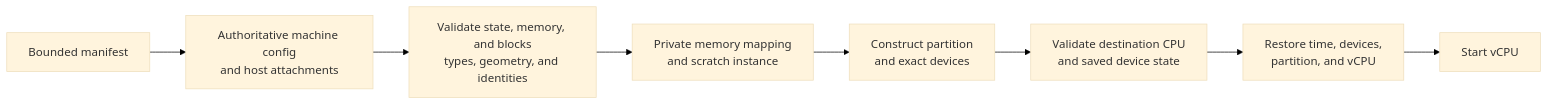
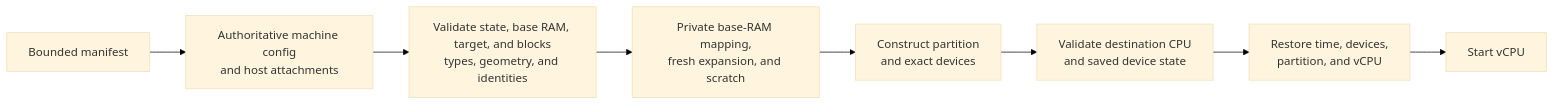
Before and after one commit to microsoft/nvx: the seventh of 7 diagrams in doc/design.md, drawn with Mermaid. The commit also changed other lines of this file, not shown here.

````diff
--- a/doc/design.md
+++ b/doc/design.md
@@ -676,14 +692,14 @@
 ```mermaid
 %%{init: {"theme": "base", "themeVariables": {"background": "#ffffff"}}}%%
 flowchart LR
    Manifest["Bounded manifest"]
    Config["Authoritative machine config<br/>and host attachments"]
-   Verify["Validate state, memory, and blocks<br/>types, geometry, and identities"]
-   Cow["Private memory mapping<br/>and scratch instance"]
+   Verify["Validate state, base RAM, target, and blocks<br/>types, geometry, and identities"]
+   Cow["Private base-RAM mapping,<br/>fresh expansion, and scratch"]
    Machine["Construct partition<br/>and exact devices"]
    Validate["Validate destination CPU<br/>and saved device state"]
    Restore["Restore time, devices,<br/>partition, and vCPU"]
    Run["Start vCPU"]
 
    Manifest --> Config --> Verify --> Cow --> Machine --> Validate --> Restore --> Run
 ```
````
